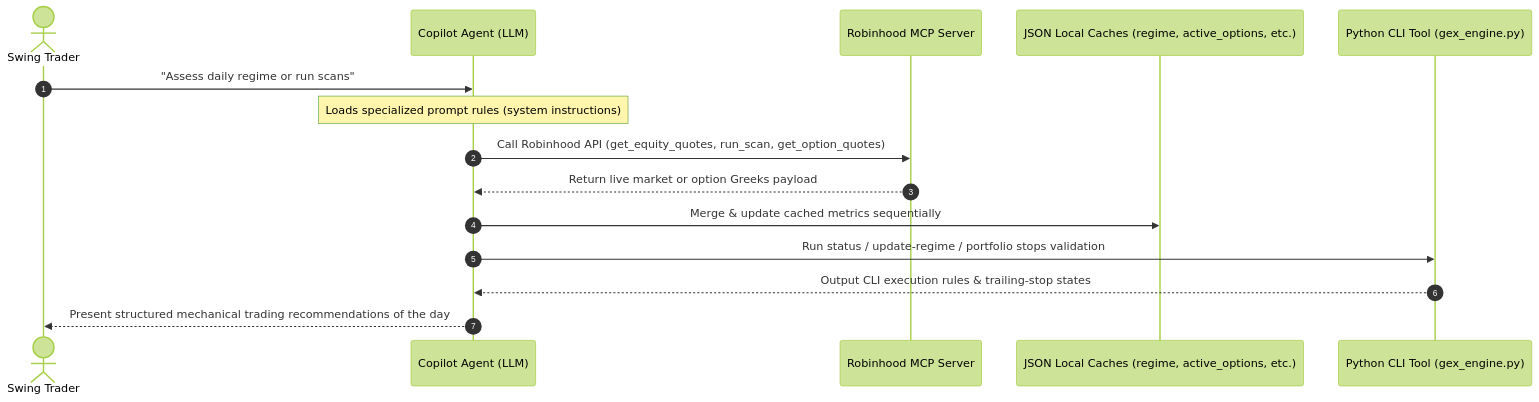
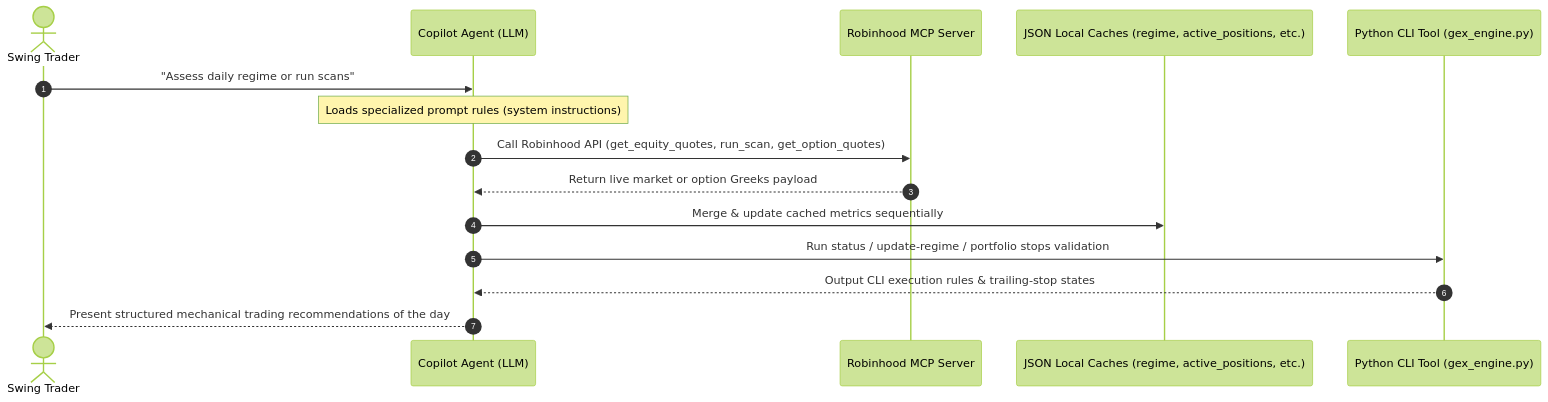
The first of 3 diagrams in README.md (Aymeric/wip), drawn with Mermaid (forest theme) before and after one commit. The commit also changed other lines of this file and 25 other files, not shown here.

````diff
--- a/README.md
+++ b/README.md
@@ -15,18 +15,18 @@
 ```mermaid
 sequenceDiagram
     autonumber
     actor User as Swing Trader
     participant Agent as Copilot Agent (LLM)
     participant MCP as Robinhood MCP Server
-    participant DB as JSON Local Caches (regime, active_options, etc.)
+    participant DB as JSON Local Caches (regime, active_positions, etc.)
     participant CLI as Python CLI Tool (gex_engine.py)
 
     User->>Agent: "Assess daily regime or run scans"
     Note over Agent: Loads specialized prompt rules (system instructions)
     Agent->>MCP: Call Robinhood API (get_equity_quotes, run_scan, get_option_quotes)
     MCP-->>Agent: Return live market or option Greeks payload
     Agent->>DB: Merge & update cached metrics sequentially
     Agent->>CLI: Run status / update-regime / portfolio stops validation
     CLI-->>Agent: Output CLI execution rules & trailing-stop states
     Agent-->>User: Present structured mechanical trading recommendations of the day
 ```
````
